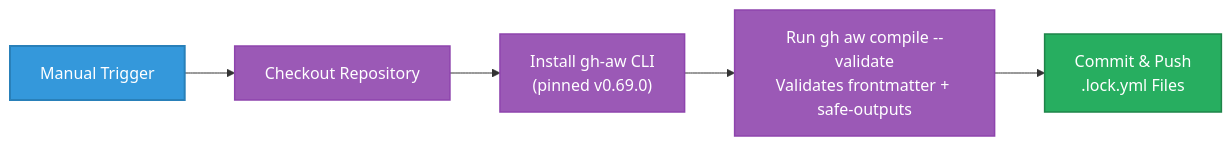
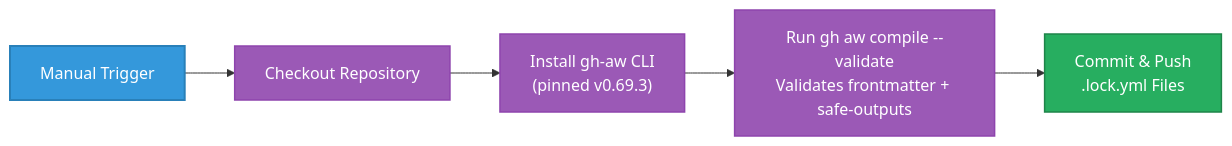
The ninth of 22 diagrams in WORKFLOWS.md (Hack23/euparliamentmonitor), drawn with Mermaid before and after one commit. The commit also changed other lines of this file and 8 other files, not shown here.

````diff
--- a/WORKFLOWS.md
+++ b/WORKFLOWS.md
@@ -948,15 +1022,15 @@
 ```mermaid
 graph LR
     A[Manual Trigger] --> B[Checkout Repository]
-    B --> C["Install gh-aw CLI<br/>(pinned v0.69.0)"]
+    B --> C["Install gh-aw CLI<br/>(pinned v0.69.3)"]
     C --> D["Run gh aw compile --validate<br/>Validates frontmatter + safe-outputs"]
     D --> E["Commit & Push<br/>.lock.yml Files"]
 
     classDef trigger fill:#3498db,stroke:#2980b9,stroke-width:2px,color:white
     classDef process fill:#9b59b6,stroke:#8e44ad,stroke-width:1.5px,color:white
     classDef output fill:#27ae60,stroke:#1e8449,stroke-width:1.5px,color:white
 
     class A trigger
     class B,C,D process
     class E output
 ```
````
